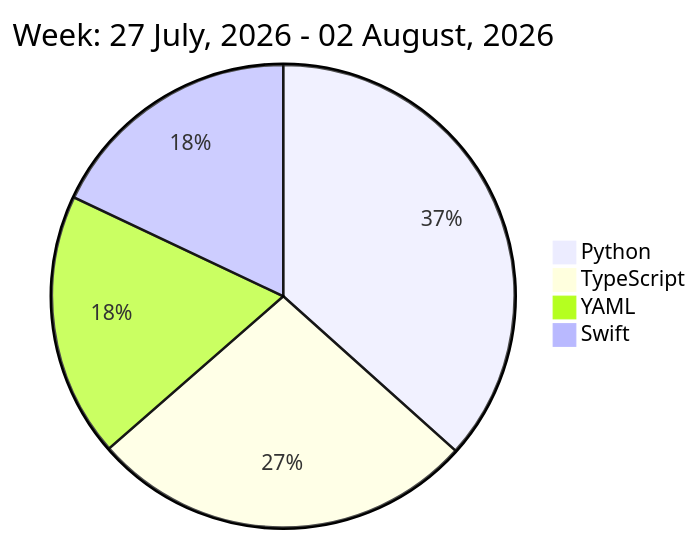
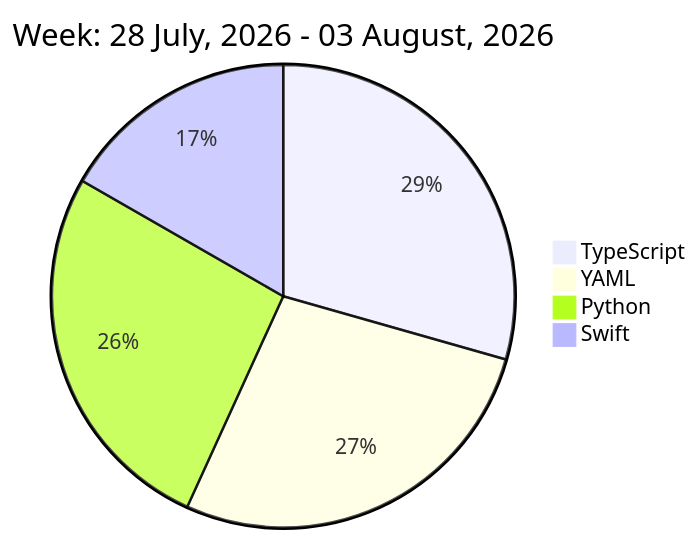
The diagram in README.md (liubin95/liubin95), drawn with Mermaid before and after one commit.

Commit message:
Updated the Graph with new Metrics

````diff
--- a/README.md
+++ b/README.md
@@ -32,8 +32,8 @@
 ```mermaid
  pie
-title Week: 27 July, 2026 - 02 August, 2026
- "Python" : 5.4
- "TypeScript" : 3.97
- "YAML" : 2.72
- "Swift" : 2.65
+title Week: 28 July, 2026 - 03 August, 2026
+ "TypeScript" : 3.52
+ "YAML" : 3.28
+ "Python" : 3.17
+ "Swift" : 2.0
 ```
````
